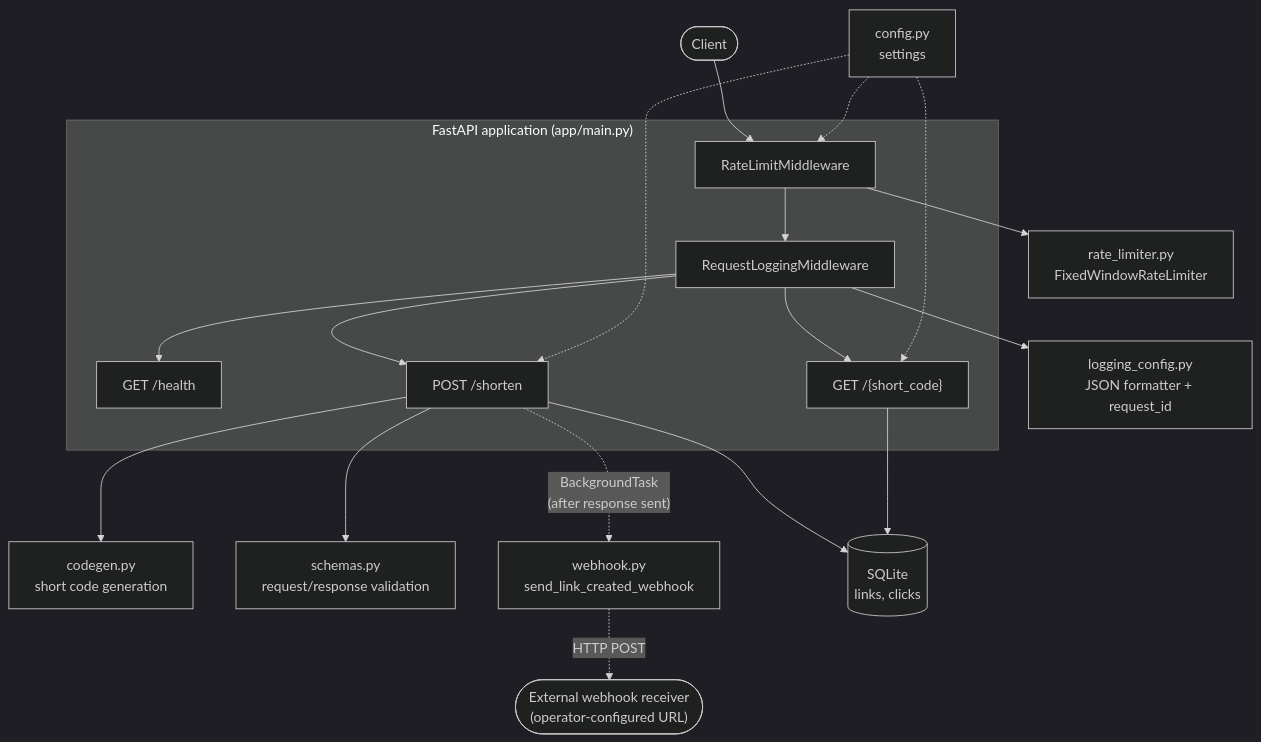
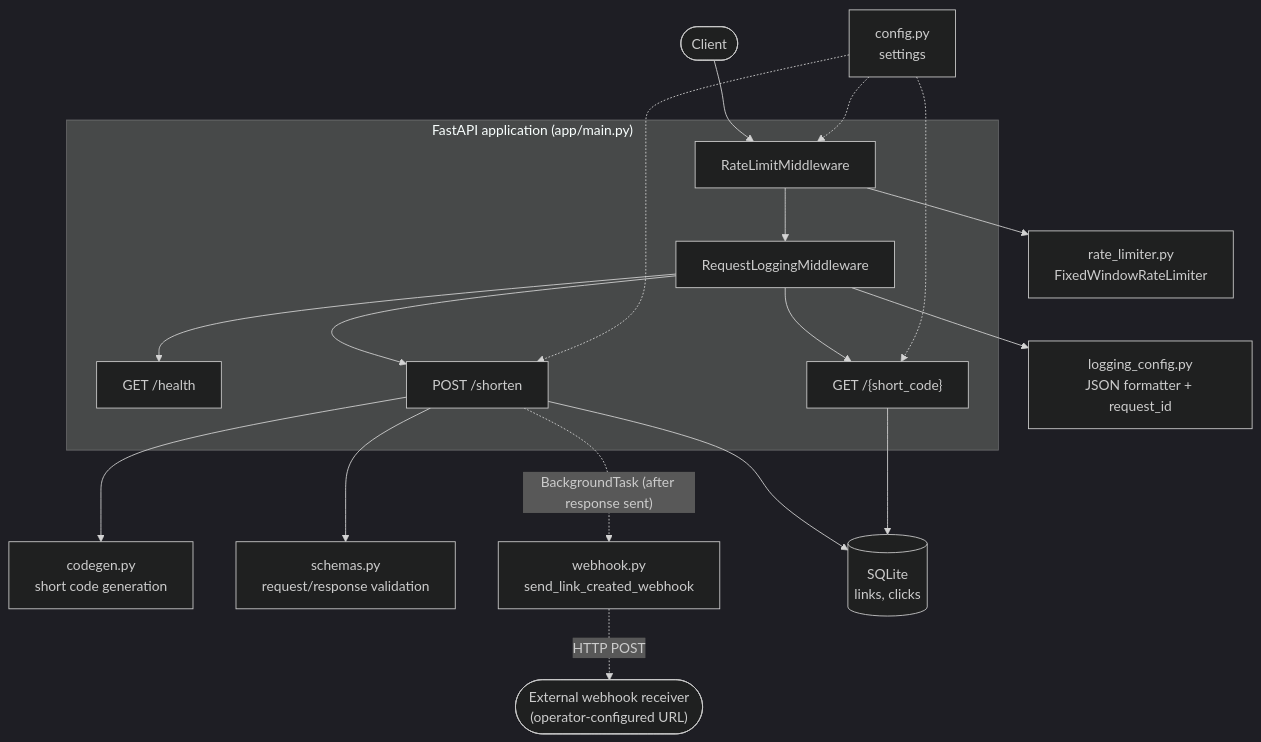
One commit to geekmemo/ai-assisted-url-shortener changed the first of 3 diagrams in ARCHITECTURE.md. Above: the diagram before and after it, drawn with Mermaid (dark theme).

Commit message:
ARCHITECTURE.md: use pipe-style edge labels in the component diagram

````diff
--- a/ARCHITECTURE.md
+++ b/ARCHITECTURE.md
@@ -5,40 +5,40 @@
 ```mermaid
 flowchart TB
     Client(["Client"])
 
     subgraph App["FastAPI application (app/main.py)"]
         RL["RateLimitMiddleware"]
         RLog["RequestLoggingMiddleware"]
         Health["GET /health"]
         Shorten["POST /shorten"]
         Redirect["GET /{short_code}"]
     end
 
     Config["config.py<br/>settings"]
     Codegen["codegen.py<br/>short code generation"]
     Schemas["schemas.py<br/>request/response validation"]
     RateLimiter["rate_limiter.py<br/>FixedWindowRateLimiter"]
     Webhook["webhook.py<br/>send_link_created_webhook"]
     LoggingConfig["logging_config.py<br/>JSON formatter + request_id"]
     DB[("SQLite<br/>links, clicks")]
     External(["External webhook receiver<br/>(operator-configured URL)"])
 
     Client --> RL --> RLog
     RLog --> Health
     RLog --> Shorten
     RLog --> Redirect
 
     Shorten --> Schemas
     Shorten --> Codegen
     Shorten --> DB
-    Shorten -. "BackgroundTask<br/>(after response sent)" .-> Webhook
-    Webhook -. "HTTP POST" .-> External
+    Shorten -.->|"BackgroundTask (after response sent)"| Webhook
+    Webhook -.->|"HTTP POST"| External
 
     Redirect --> DB
 
     RL --> RateLimiter
     RLog --> LoggingConfig
     Config -.-> RL
     Config -.-> Shorten
     Config -.-> Redirect
 ```
````
